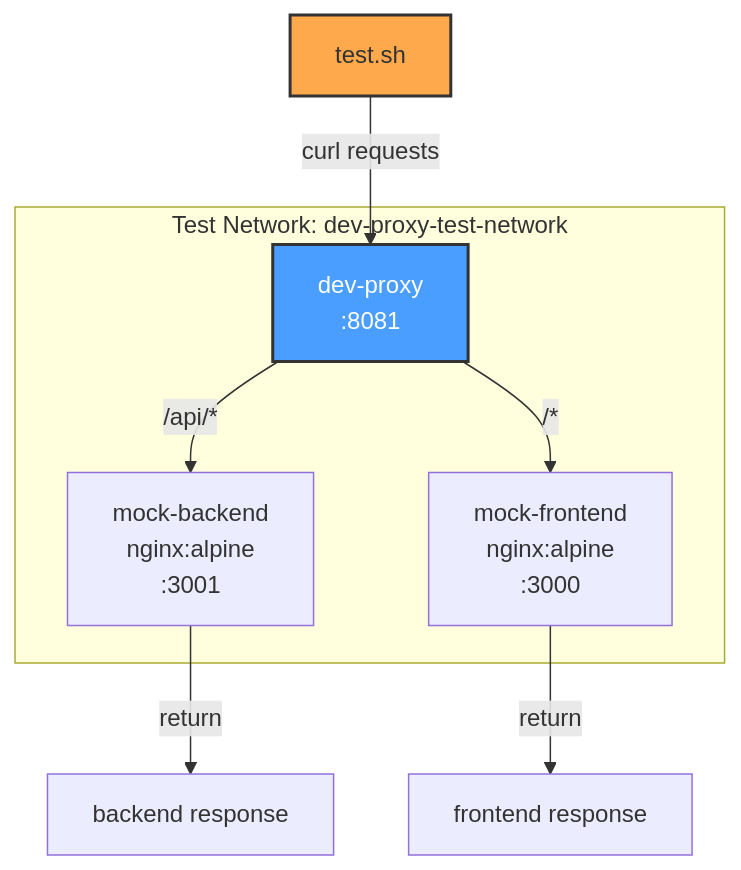
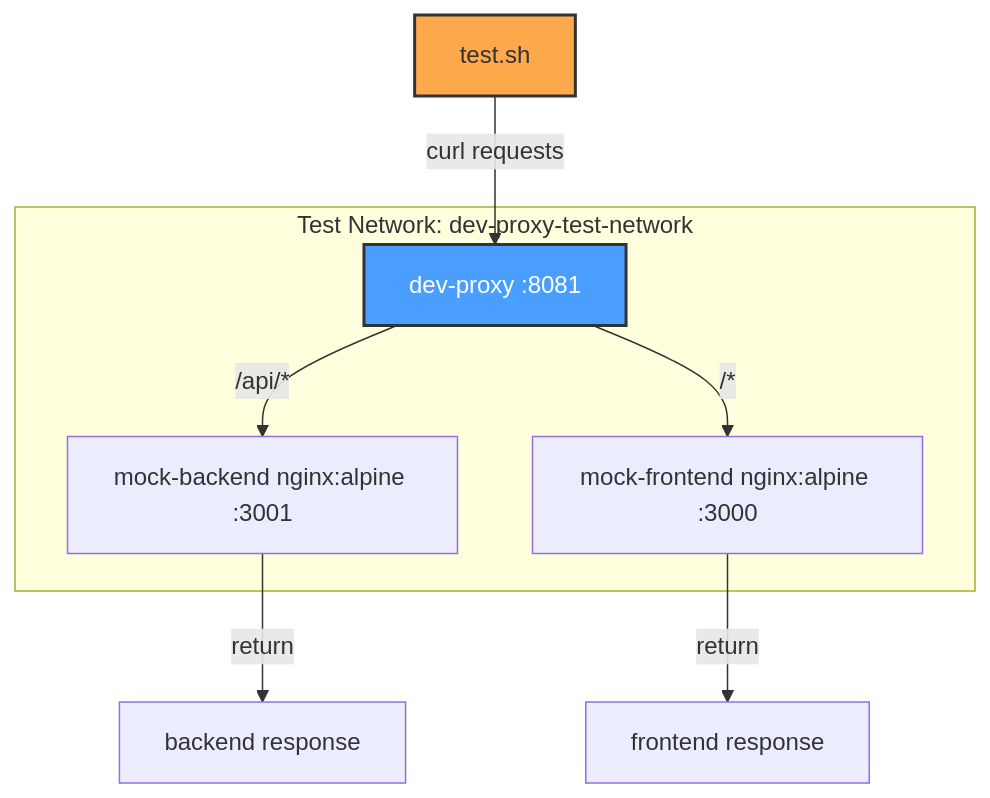
Before and after one commit to softwarewrighter/dev-proxy: diagram 12 of 16 in wiki/Build-Process.md, drawn with Mermaid. The commit also changed other lines of this file and 6 other files, not shown here.

First line of the commit message:
Fix wiki Mermaid diagrams: remove <br/> tags

````diff
--- a/wiki/Build-Process.md
+++ b/wiki/Build-Process.md
@@ -522,19 +522,19 @@
 ```mermaid
 graph TB
     subgraph "Test Network: dev-proxy-test-network"
-        Proxy[dev-proxy<br/>:8081]
-        Backend[mock-backend<br/>nginx:alpine<br/>:3001]
-        Frontend[mock-frontend<br/>nginx:alpine<br/>:3000]
+        Proxy[dev-proxy :8081]
+        Backend[mock-backend nginx:alpine :3001]
+        Frontend[mock-frontend nginx:alpine :3000]
 
         Proxy -->|/api/*| Backend
         Proxy -->|/*| Frontend
     end
 
     TestScript[test.sh] -->|curl requests| Proxy
 
     Backend -->|return| BackendResp["backend response"]
     Frontend -->|return| FrontendResp["frontend response"]
 
     style Proxy fill:#4a9eff,stroke:#333,stroke-width:2px,color:#fff
     style TestScript fill:#ffa94d,stroke:#333,stroke-width:2px
 ```
````
